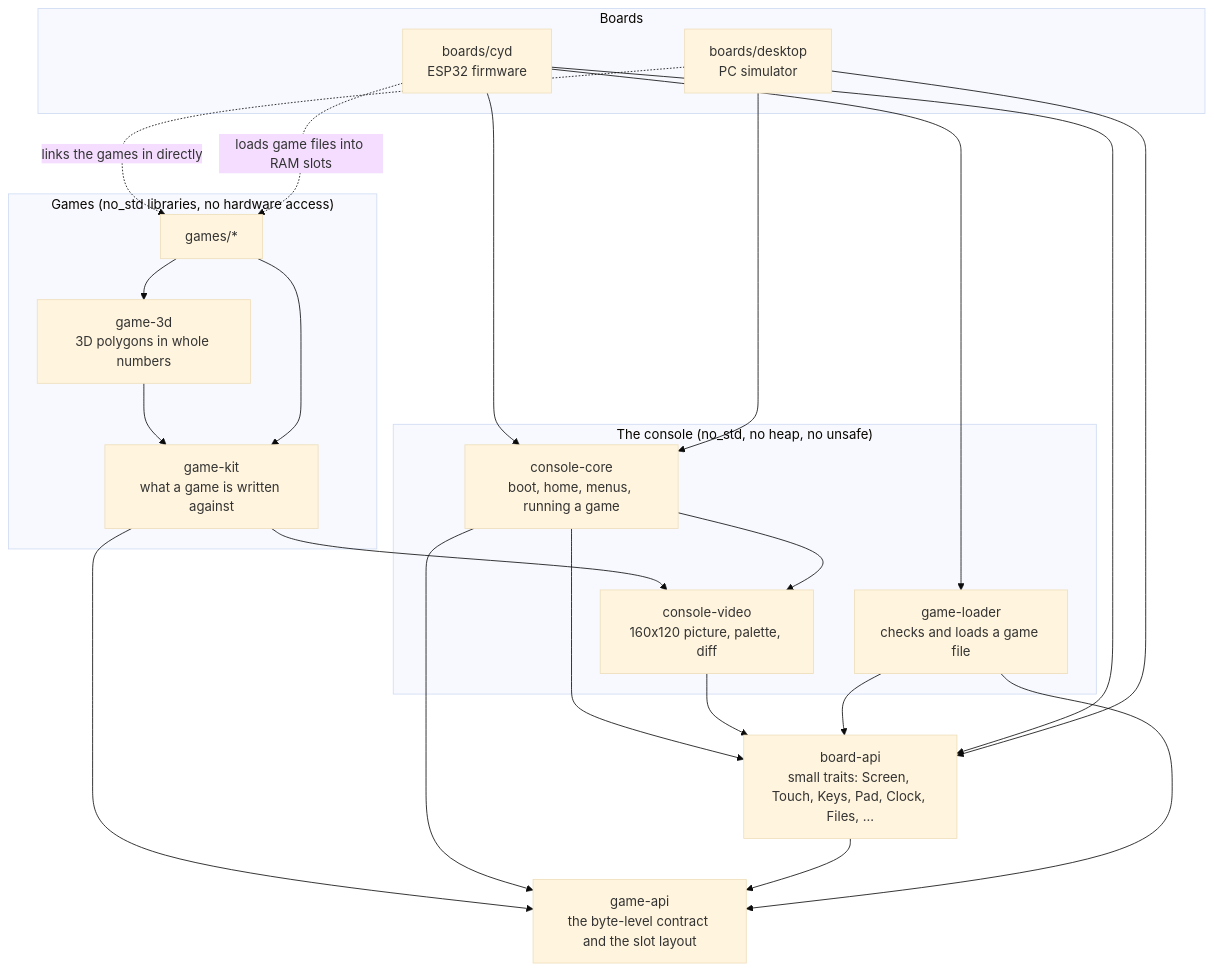
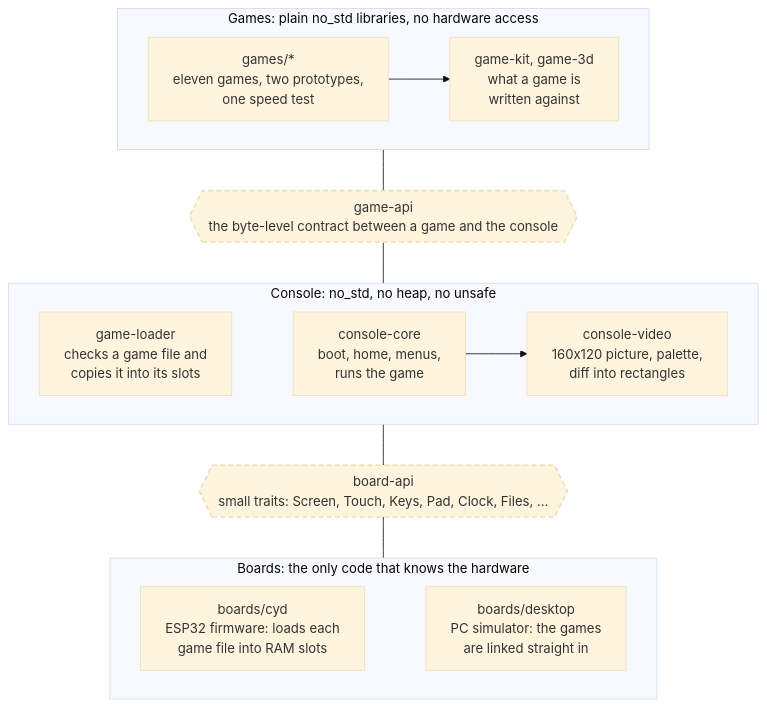
One commit to hudson-bruno/pocketme changed the diagram in README.md. Above: the diagram before and after it, drawn with Mermaid (base theme). The commit also changed other lines of this file, not shown here.

Commit message:
README: redraw the layer diagram in How it works
Three stacked layers (games, console, boards) with the two contracts
between them, instead of every dependency edge. The full dependency
graph stays in docs/architecture.md.

````diff
--- a/README.md
+++ b/README.md
@@ -223,36 +223,35 @@
 ```mermaid
-flowchart TD
-    subgraph G["Games (no_std libraries, no hardware access)"]
-        games["games/*"]
-        g3d["game-3d<br>3D polygons in whole numbers"]
-        kit["game-kit<br>what a game is written against"]
+%%{init: {"flowchart": {"wrappingWidth": 600}}}%%
+flowchart TB
+    subgraph GAMES["Games: plain no_std libraries, no hardware access"]
+        direction LR
+        game["games/*<br>eleven games, two prototypes,<br>one speed test"]
+        libs["game-kit, game-3d<br>what a game is<br>written against"]
+        game --> libs
     end
-    api["game-api<br>the byte-level contract and the slot layout"]
-    subgraph C["The console (no_std, no heap, no unsafe)"]
-        core["console-core<br>boot, home, menus, running a game"]
-        video["console-video<br>160x120 picture, palette, diff"]
-        loader["game-loader<br>checks and loads a game file"]
+
+    gameapi{{"game-api<br>the byte-level contract between a game and the console"}}
+
+    subgraph CONSOLE["Console: no_std, no heap, no unsafe"]
+        direction LR
+        loader["game-loader<br>checks a game file and<br>copies it into its slots"]
+        core["console-core<br>boot, home, menus,<br>runs the game"]
+        video["console-video<br>160x120 picture, palette,<br>diff into rectangles"]
+        loader ~~~ core
+        core --> video
     end
-    board["board-api<br>small traits: Screen, Touch, Keys, Pad, Clock, Files, ..."]
-    subgraph B["Boards"]
-        cyd["boards/cyd<br>ESP32 firmware"]
-        sim["boards/desktop<br>PC simulator"]
+
+    boardapi{{"board-api<br>small traits: Screen, Touch, Keys, Pad, Clock, Files, ..."}}
+
+    subgraph BOARDS["Boards: the only code that knows the hardware"]
+        direction LR
+        cyd["boards/cyd<br>ESP32 firmware: loads each<br>game file into RAM slots"]
+        sim["boards/desktop<br>PC simulator: the games<br>are linked straight in"]
+        cyd ~~~ sim
     end
-    games --> g3d --> kit --> api
-    games --> kit
-    kit --> video
-    core --> video
-    core --> api
-    core --> board
-    video --> board
-    board --> api
-    loader --> api
-    loader --> board
-    cyd --> core
-    cyd --> loader
-    cyd --> board
-    sim --> core
-    sim --> board
-    sim -. "links the games in directly" .-> games
-    cyd -. "loads game files into RAM slots" .-> games
+
+    GAMES --- gameapi --- CONSOLE --- boardapi --- BOARDS
+
+    classDef contract stroke-width:2px,stroke-dasharray:6 4
+    class gameapi,boardapi contract
 ```
````
